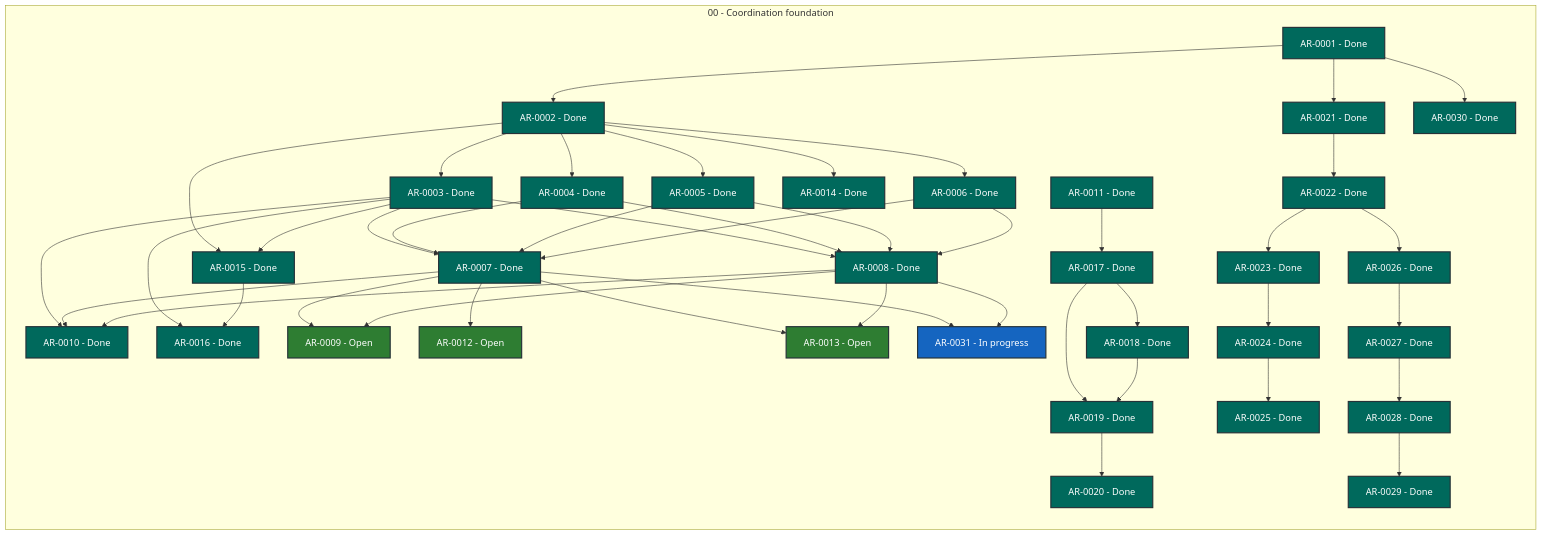
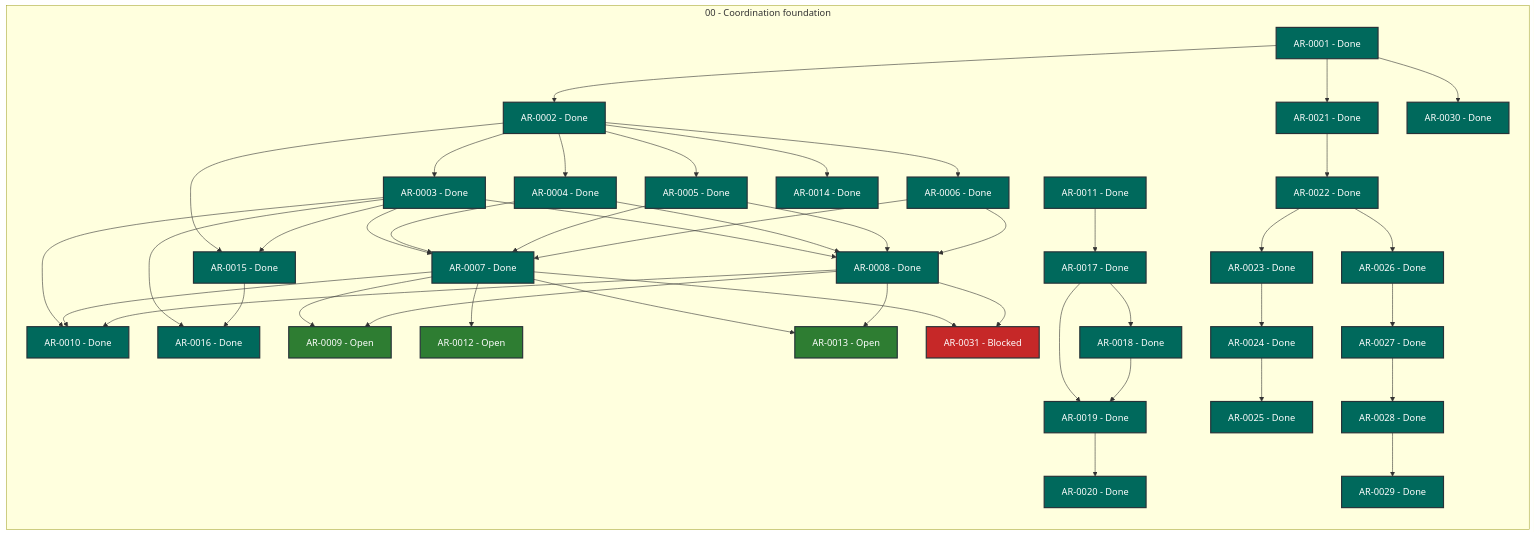
Before and after one commit to martin-beck/agent-workflow-coordinator-state: the diagram in STATUS.md, drawn with Mermaid. The commit also changed other lines of this file and 2 other files, not shown here.

```diff
--- a/STATUS.md
+++ b/STATUS.md
@@ -58,7 +58,7 @@
         AR_0028["AR-0028 - Done"]:::status_done
         AR_0029["AR-0029 - Done"]:::status_done
         AR_0030["AR-0030 - Done"]:::status_done
-        AR_0031["AR-0031 - In progress"]:::status_in_progress
+        AR_0031["AR-0031 - Blocked"]:::status_blocked
     end
     AR_0001 --> AR_0002
     AR_0001 --> AR_0021
```
